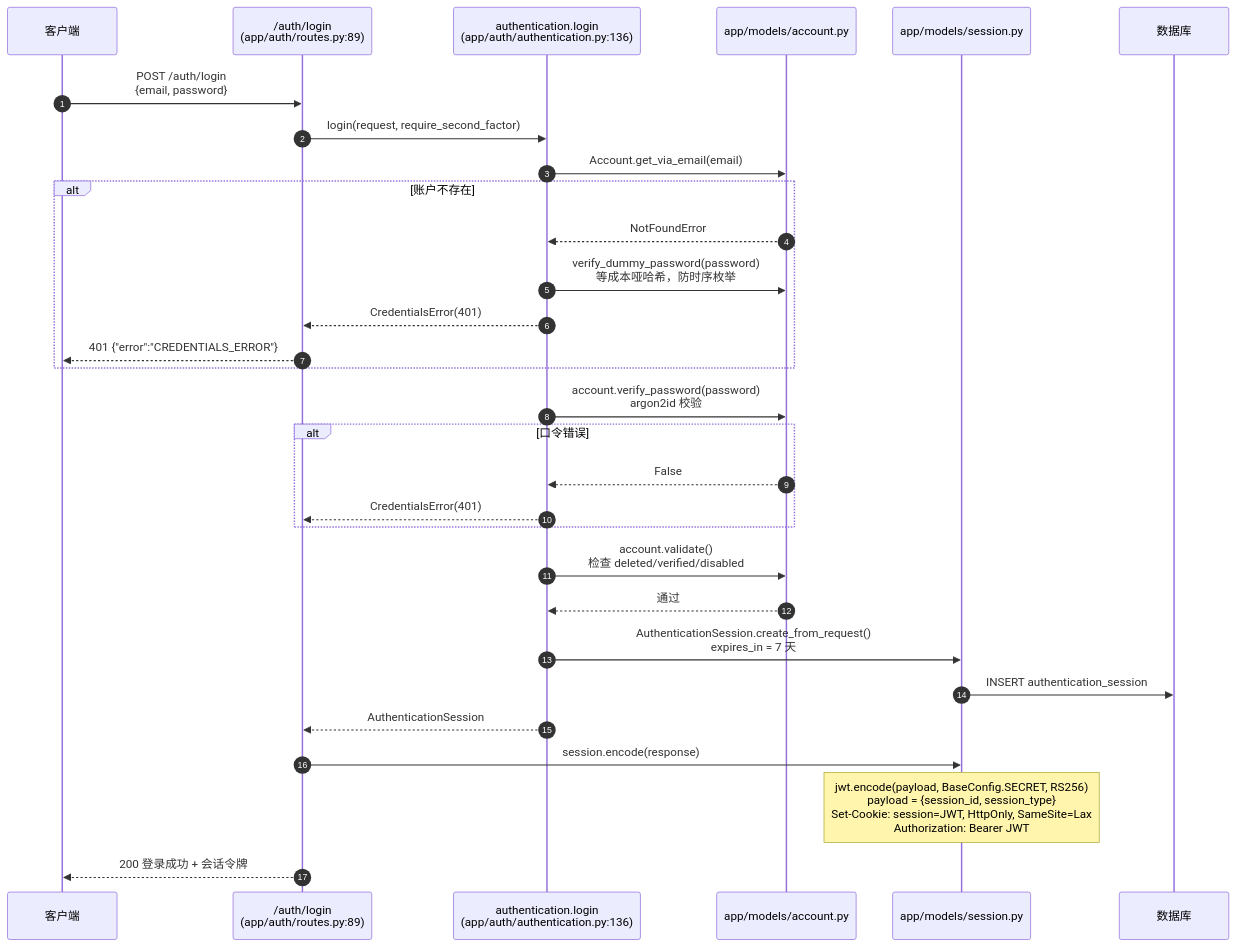
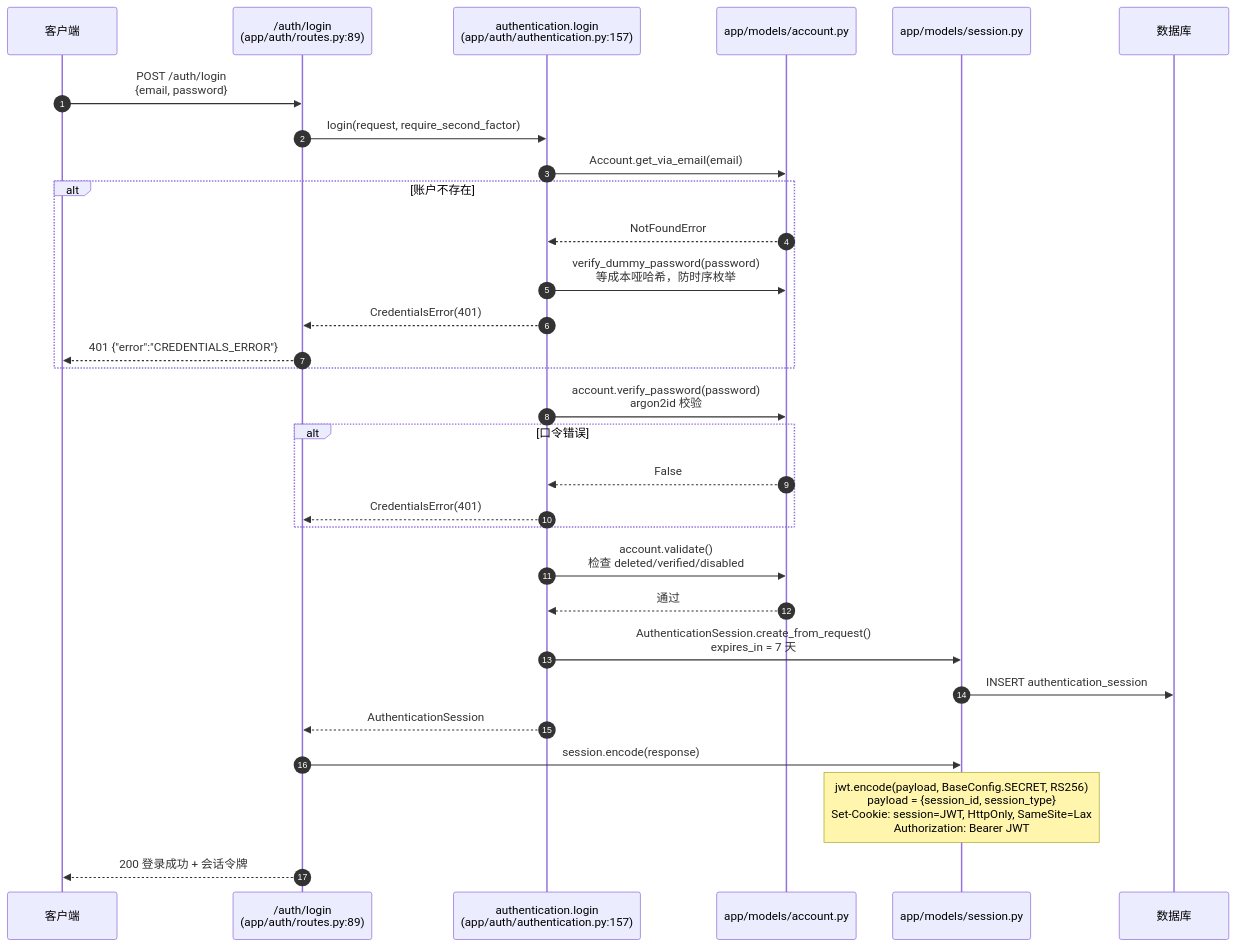
One commit to A-Corner/Sanic-Admin changed the second of 3 diagrams in docs/architecture.md. Above: the diagram before and after it, drawn with Mermaid. The commit also changed other lines of this file, not shown here.

````diff
--- a/docs/architecture.md
+++ b/docs/architecture.md
@@ -330,38 +338,38 @@
 ```mermaid
 sequenceDiagram
     autonumber
     participant C as 客户端
     participant A as /auth/login<br/>(app/auth/routes.py:89)
-    participant AU as authentication.login<br/>(app/auth/authentication.py:136)
+    participant AU as authentication.login<br/>(app/auth/authentication.py:157)
     participant AR as app/models/account.py
     participant M as app/models/session.py
     participant DB as 数据库
 
     C->>A: POST /auth/login<br/>{email, password}
     A->>AU: login(request, require_second_factor)
 
     AU->>AR: Account.get_via_email(email)
     alt 账户不存在
         AR-->>AU: NotFoundError
         AU->>AR: verify_dummy_password(password)<br/>等成本哑哈希，防时序枚举
         AU-->>A: CredentialsError(401)
         A-->>C: 401 {"error":"CREDENTIALS_ERROR"}
     end
 
     AU->>AR: account.verify_password(password)<br/>argon2id 校验
     alt 口令错误
         AR-->>AU: False
         AU-->>A: CredentialsError(401)
     end
 
     AU->>AR: account.validate()<br/>检查 deleted/verified/disabled
     AR-->>AU: 通过
 
     AU->>M: AuthenticationSession.create_from_request()<br/>expires_in = 7 天
     M->>DB: INSERT authentication_session
 
     AU-->>A: AuthenticationSession
     A->>M: session.encode(response)
     Note over M: jwt.encode(payload, BaseConfig.SECRET, RS256)<br/>payload = {session_id, session_type}<br/>Set-Cookie: session=JWT, HttpOnly, SameSite=Lax<br/>Authorization: Bearer JWT
     A-->>C: 200 登录成功 + 会话令牌
 ```
````
